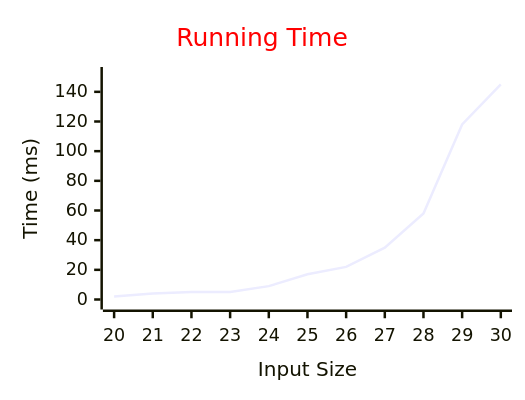
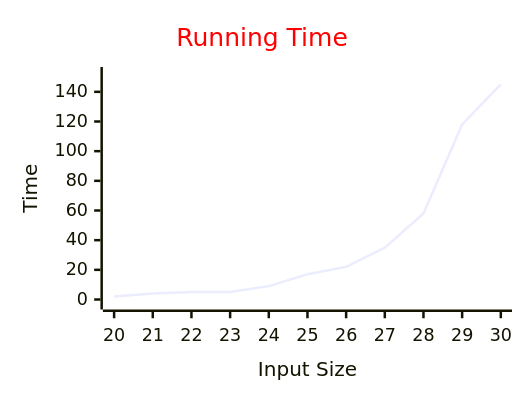
One commit to ChenZhongPu/data-structure-swufe changed the first of 3 diagrams in slides-web/week2.md. Above: the diagram before and after it, drawn with Mermaid. The commit also changed other lines of this file and 2 other files, not shown here.

````diff
--- a/slides-web/week2.md
+++ b/slides-web/week2.md
@@ -94,16 +94,16 @@
 ```mermaid
 ---
 config:
     xyChart:
         width: 400
         height: 300
     themeVariables:
         xyChart:
             titleColor: "#ff0000"
 ---
 xychart-beta
     title "Running Time"
     x-axis "Input Size" [20, 21, 22, 23, 24, 25, 26, 27, 28, 29, 30]
-    y-axis "Time (ms)" 0 --> 150
+    y-axis "Time" 0 --> 150
     line [2, 4, 5, 5, 9, 17, 22, 35, 58, 118, 145]
 ```
````
